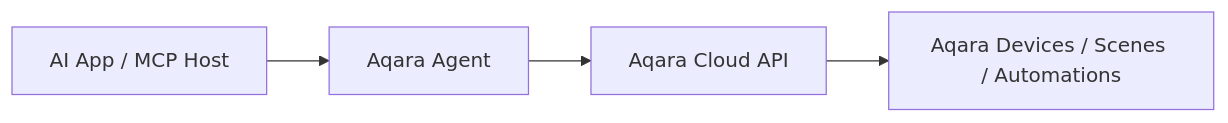
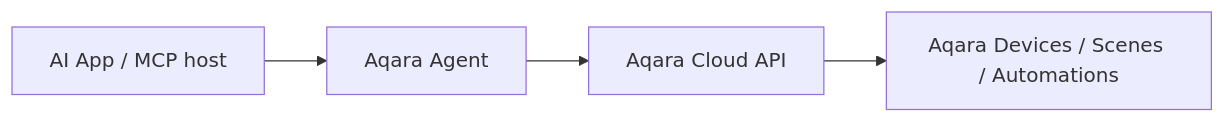
Before and after one commit to aqara/aqara-mcp-server: the diagram in README.md, drawn with Mermaid. The commit also changed other lines of this file and 8 other files, not shown here.

````diff
--- a/README.md
+++ b/README.md
@@ -75,6 +75,6 @@
 ```mermaid
 graph LR
-    A[AI App / MCP Host] --> B[Aqara Agent]
+    A[AI App / MCP host] --> B[Aqara Agent]
     B --> C[Aqara Cloud API]
     C --> D[Aqara Devices / Scenes / Automations]
 ```
````
